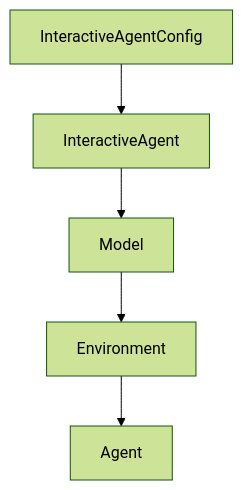
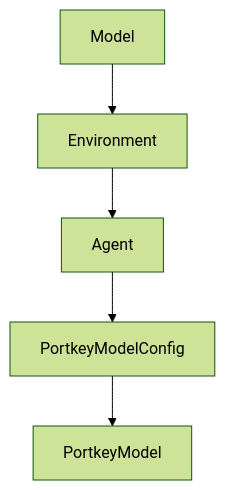
One commit to johnxie/awesome-code-docs changed the diagram in tutorials/mini-swe-agent-tutorial/01-getting-started.md. Above: the diagram before and after it, drawn with Mermaid (forest theme). The commit also changed other lines of this file and 1232 other files, not shown here.

````diff
--- a/tutorials/mini-swe-agent-tutorial/01-getting-started.md
+++ b/tutorials/mini-swe-agent-tutorial/01-getting-started.md
@@ -212,12 +201,12 @@
 ```mermaid
 flowchart TD
-    A[InteractiveAgentConfig]
-    B[InteractiveAgent]
-    C[Model]
-    D[Environment]
-    E[Agent]
+    A[Model]
+    B[Environment]
+    C[Agent]
+    D[PortkeyModelConfig]
+    E[PortkeyModel]
     A --> B
     B --> C
     C --> D
     D --> E
 ```
````
